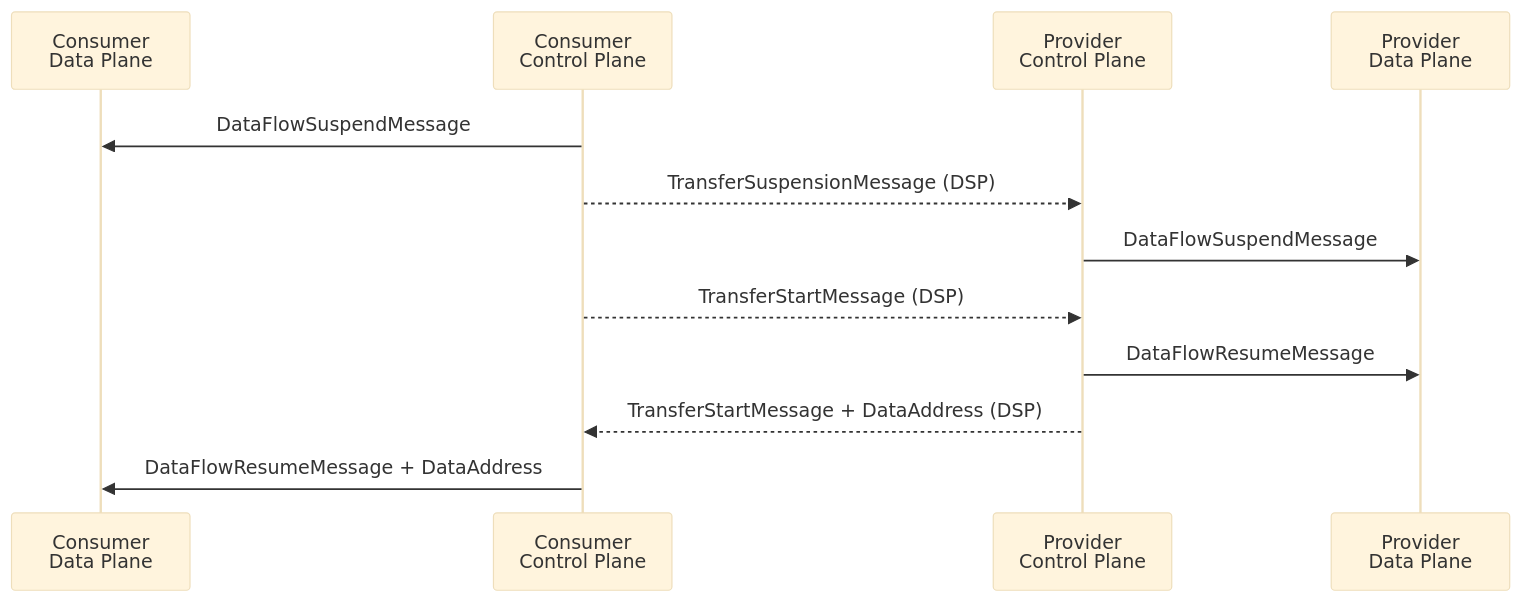
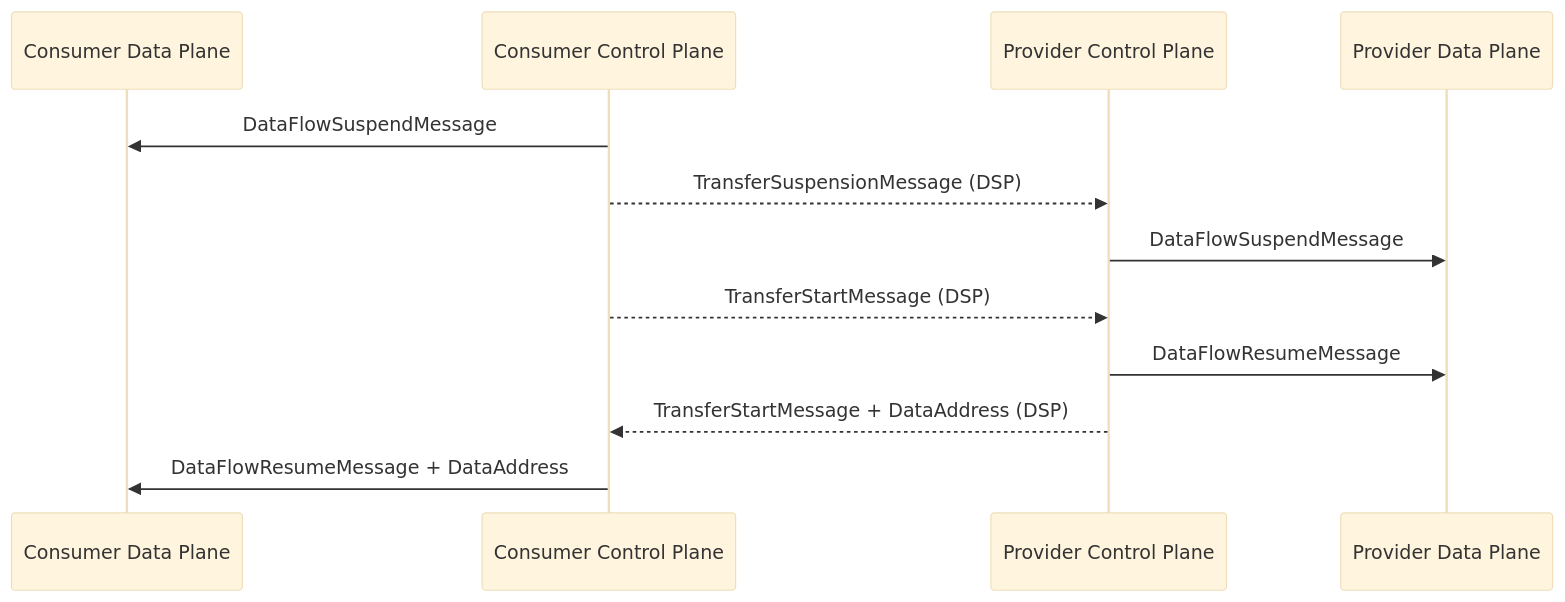
One commit to eclipse-dataplane-signaling/dataplane-signaling changed the eighth of 9 diagrams in specifications/signaling.md. Above: the diagram before and after it, drawn with Mermaid (base theme). The commit also changed other lines of this file and 1 other file, not shown here.

````diff
--- a/specifications/signaling.md
+++ b/specifications/signaling.md
@@ -279,15 +274,14 @@
 ```mermaid
 sequenceDiagram                 
-      participant CDP as Consumer<br/>Data Plane             
-      participant CCP as Consumer<br/>Control Plane             
-      participant PCP as Provider<br/>Control Plane             
-      participant PDP as Provider<br/>Data Plane             
-
+      participant CDP as Consumer Data Plane             
+      participant CCP as Consumer Control Plane             
+      participant PCP as Provider Control Plane             
+      participant PDP as Provider Data Plane             
       CCP->>CDP: DataFlowSuspendMessage
       CCP-->>PCP: TransferSuspensionMessage (DSP)  
       PCP->>PDP: DataFlowSuspendMessage
       CCP-->>PCP: TransferStartMessage (DSP)
       PCP->>PDP: DataFlowResumeMessage
       PCP-->>CCP: TransferStartMessage + DataAddress (DSP)
       CCP->>CDP: DataFlowResumeMessage + DataAddress
 ```
````
